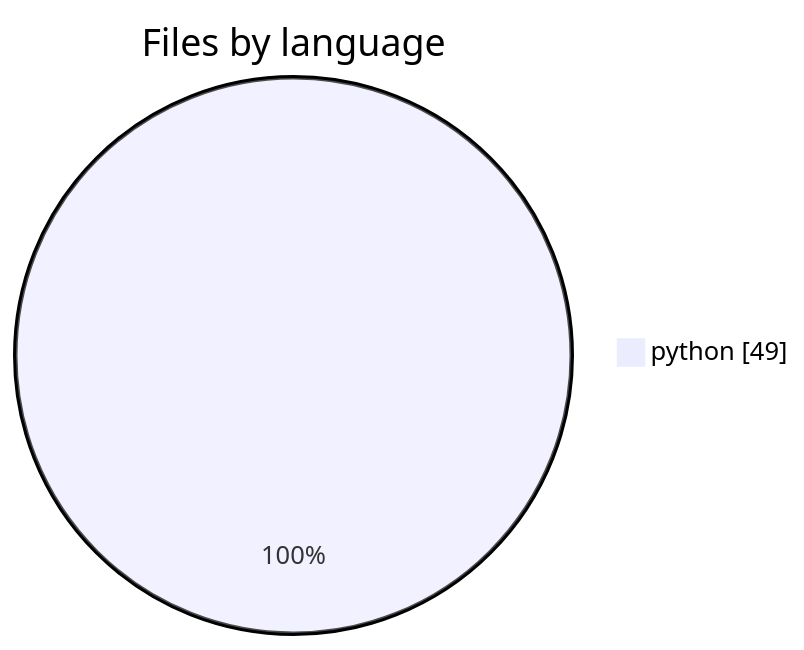
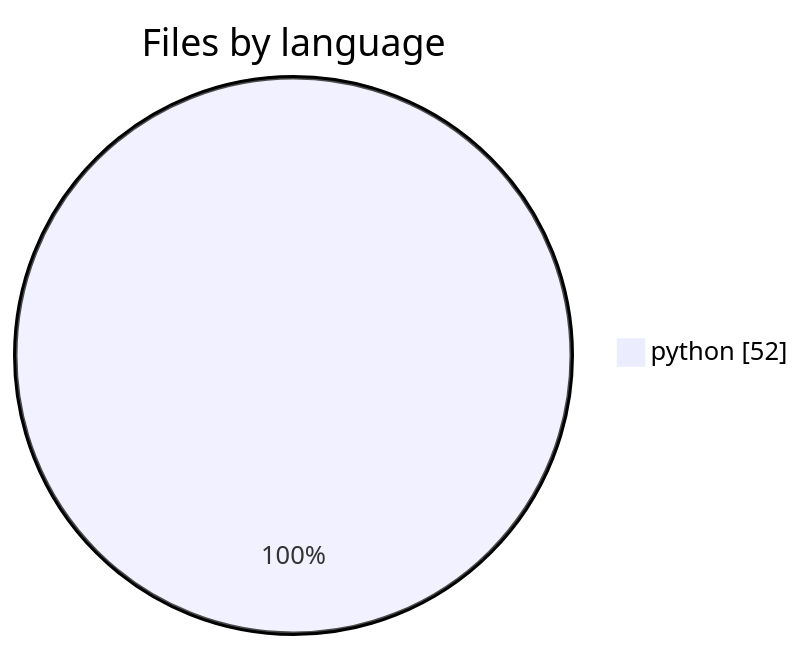
Before and after one commit to wolframs/jspace-probes: the first of 5 diagrams in .mentis/context/languages.md, drawn with Mermaid. The commit also changed other lines of this file and 53 other files, not shown here.

````diff
--- a/.mentis/context/languages.md
+++ b/.mentis/context/languages.md
@@ -15,4 +15,4 @@
 ```mermaid
 pie showData title Files by language
-    "python" : 49
+    "python" : 52
 ```
````
